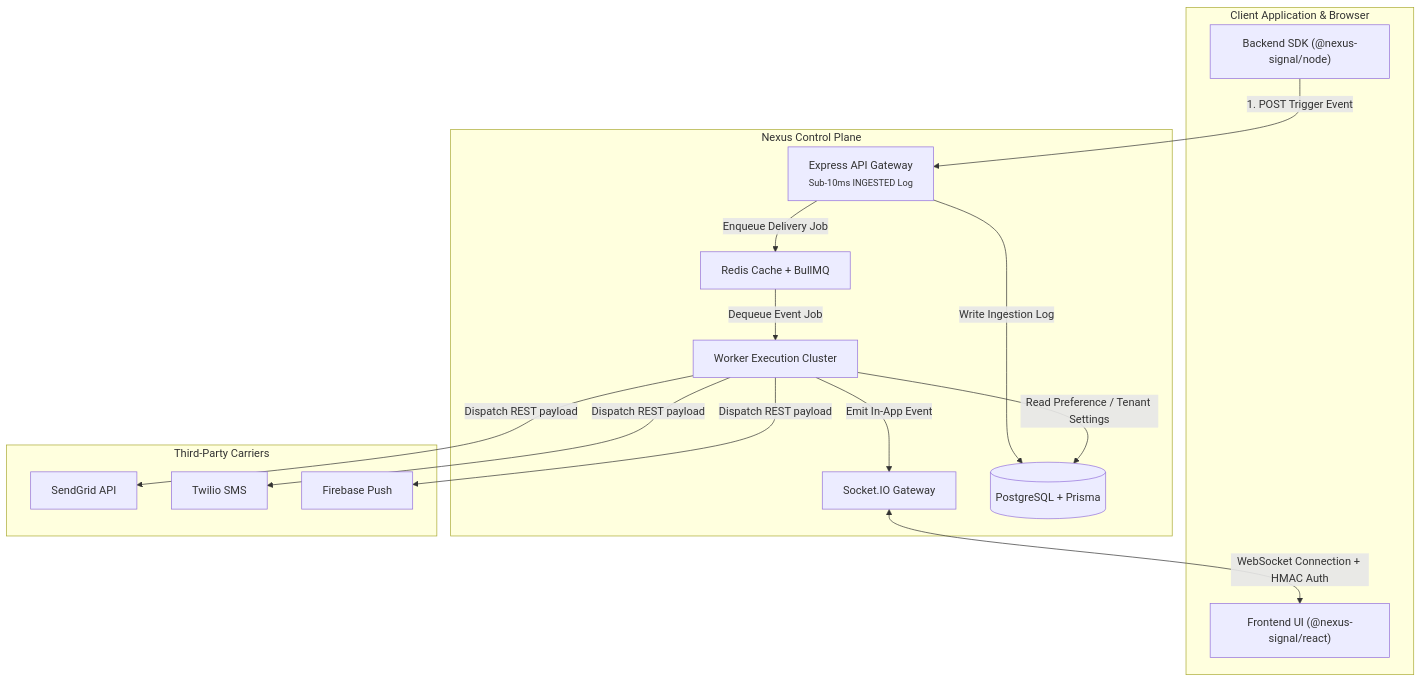
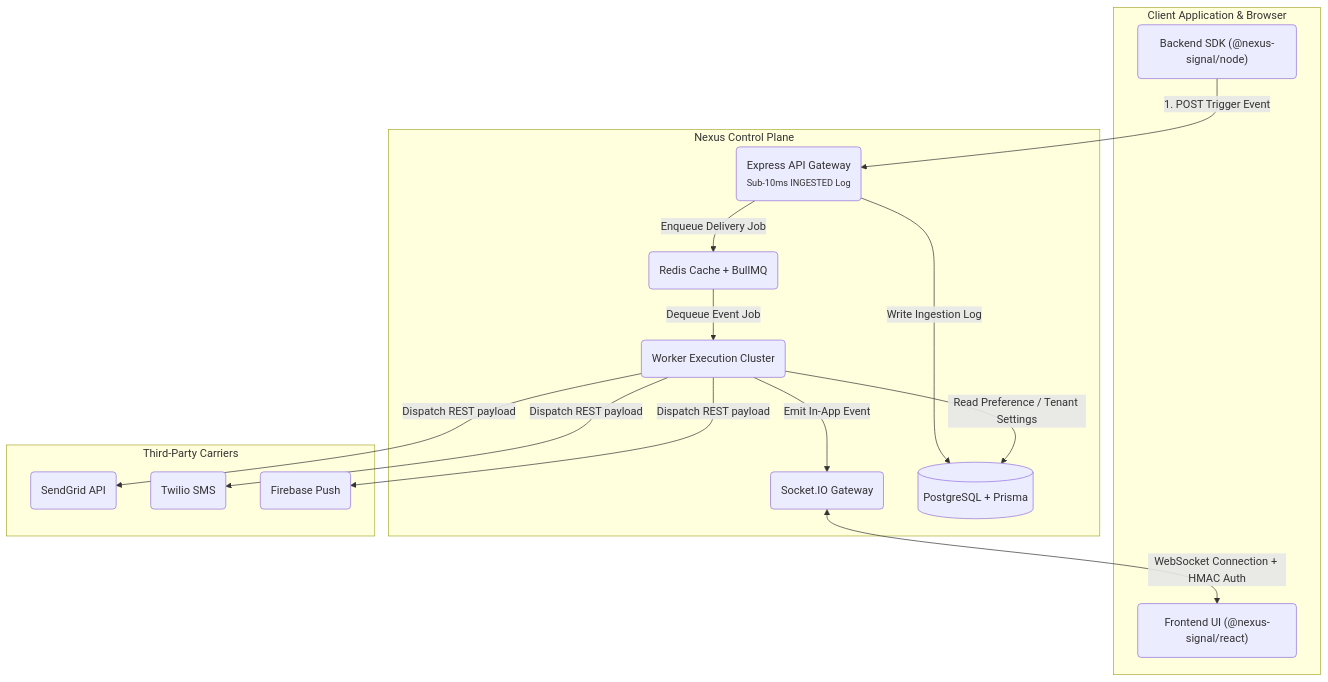
The diagram in content/docs/en/platform/concepts/architecture.mdx (KriyanshKhunt/nexus_docs), drawn with Mermaid before and after one commit. The commit also changed 25 other files, not shown here.

Commit message:
Handle en Mermaid charts

````diff
--- a/content/docs/en/platform/concepts/architecture.mdx
+++ b/content/docs/en/platform/concepts/architecture.mdx
@@ -14,30 +14,30 @@
 ```mermaid
 flowchart TB
   subgraph Client [Client Application & Browser]
-    SDK["Backend SDK (@nexus-signal/node)"]
-    UI["Frontend UI (@nexus-signal/react)"]
+    SDK("Backend SDK (@nexus-signal/node)")
+    UI("Frontend UI (@nexus-signal/react)")
   end
 
   subgraph Nexus [Nexus Control Plane]
-    API["Express API Gateway<br/><small>Sub-10ms INGESTED Log</small>"]
-    Q["Redis Cache + BullMQ"]
-    W["Worker Execution Cluster"]
-    WS["Socket.IO Gateway"]
+    API("Express API Gateway<br/><small>Sub-10ms INGESTED Log</small>")
+    Q("Redis Cache + BullMQ")
+    W("Worker Execution Cluster")
+    WS("Socket.IO Gateway")
     DB[(PostgreSQL + Prisma)]
   end
 
   subgraph Providers [Third-Party Carriers]
-    SG[SendGrid API]
-    TW[Twilio SMS]
-    FCM[Firebase Push]
+    SG(SendGrid API)
+    TW(Twilio SMS)
+    FCM(Firebase Push)
   end
 
   SDK -->|1. POST Trigger Event| API
   API -->|Write Ingestion Log| DB
   API -->|Enqueue Delivery Job| Q
   Q -->|Dequeue Event Job| W
   W -->|Read Preference / Tenant Settings| DB
   W -->|Dispatch REST payload| SG & TW & FCM
   W -->|Emit In-App Event| WS
   WS <-->|WebSocket Connection + HMAC Auth| UI
 ```
````
